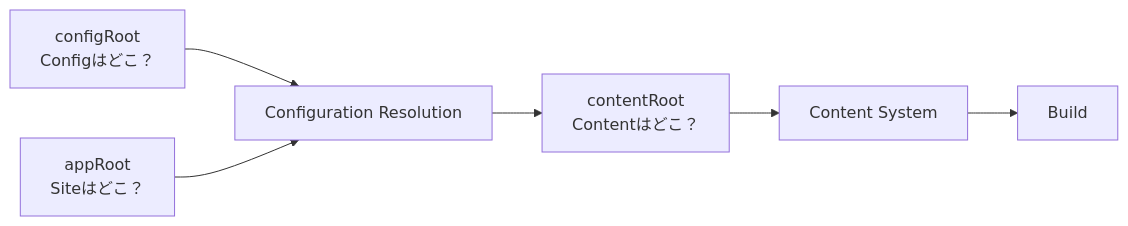
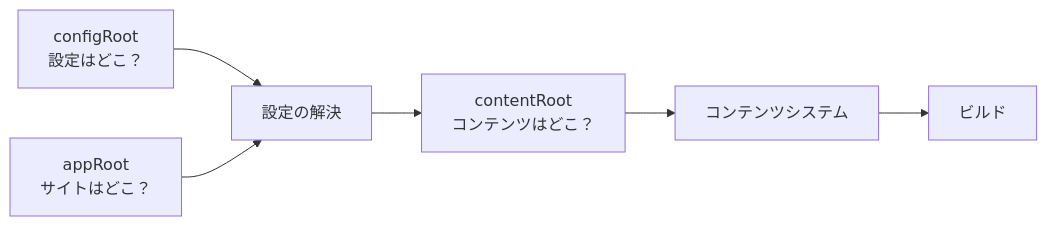
Before and after one commit to Rerurate514/riebeckite: the diagram in docs/docs/reference/configuration.ja.md, drawn with Mermaid. The commit also changed other lines of this file and 310 other files, not shown here.

````diff
--- a/docs/docs/reference/configuration.ja.md
+++ b/docs/docs/reference/configuration.ja.md
@@ -89,13 +77,13 @@
 ```mermaid id="zzmq0d"
 flowchart LR
-    App["appRoot<br/>Siteはどこ？"]
-    Config["configRoot<br/>Configはどこ？"]
-    Content["contentRoot<br/>Contentはどこ？"]
+    App["appRoot<br/>サイトはどこ？"]
+    Config["configRoot<br/>設定はどこ？"]
+    Content["contentRoot<br/>コンテンツはどこ？"]
 
-    Config --> Resolve["Configuration Resolution"]
+    Config --> Resolve["設定の解決"]
     App --> Resolve
     Resolve --> Content
 
-    Content --> Manager["Content System"]
-    Manager --> Build["Build"]
+    Content --> Manager["コンテンツシステム"]
+    Manager --> Build["ビルド"]
 ```
````
